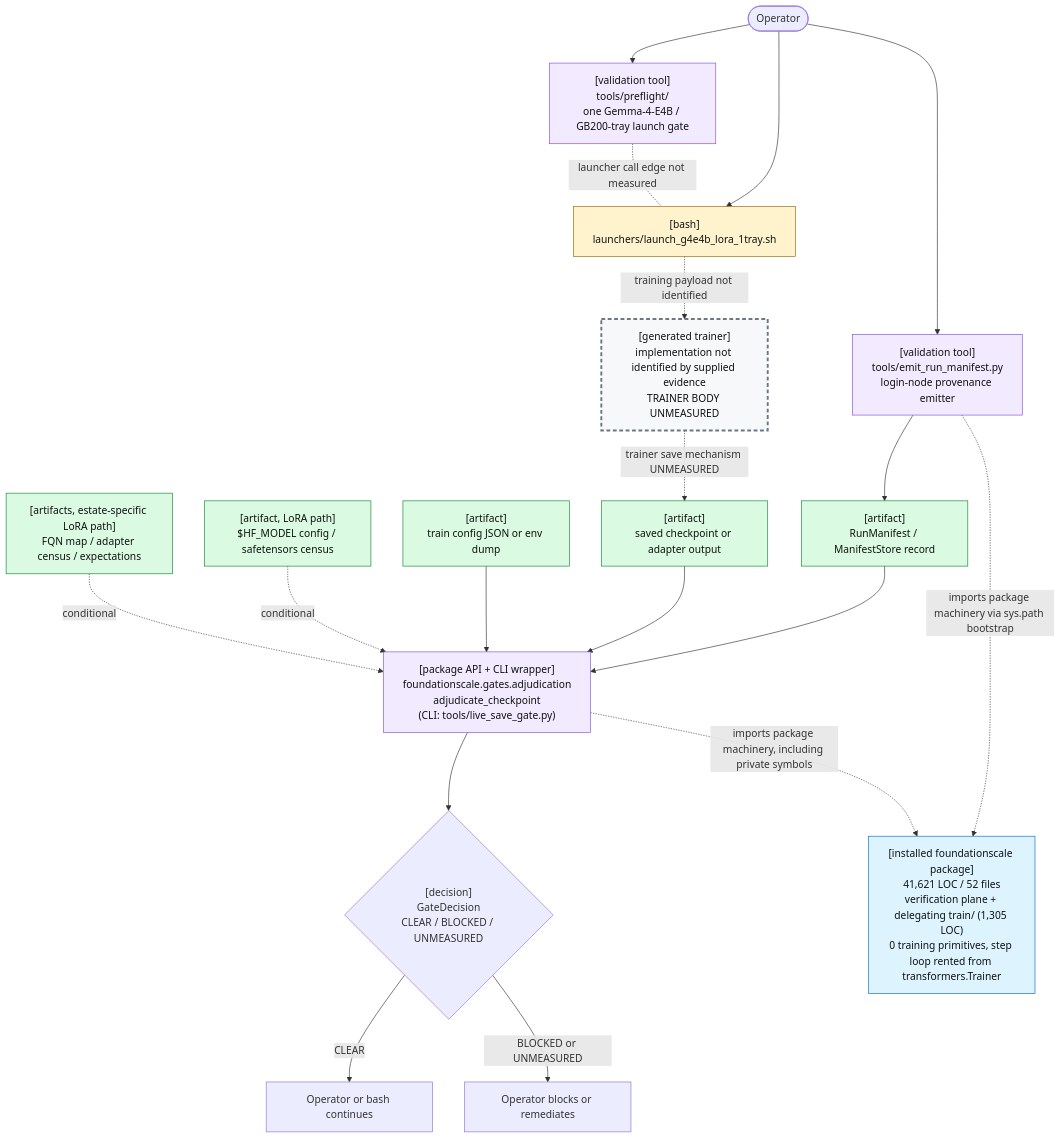
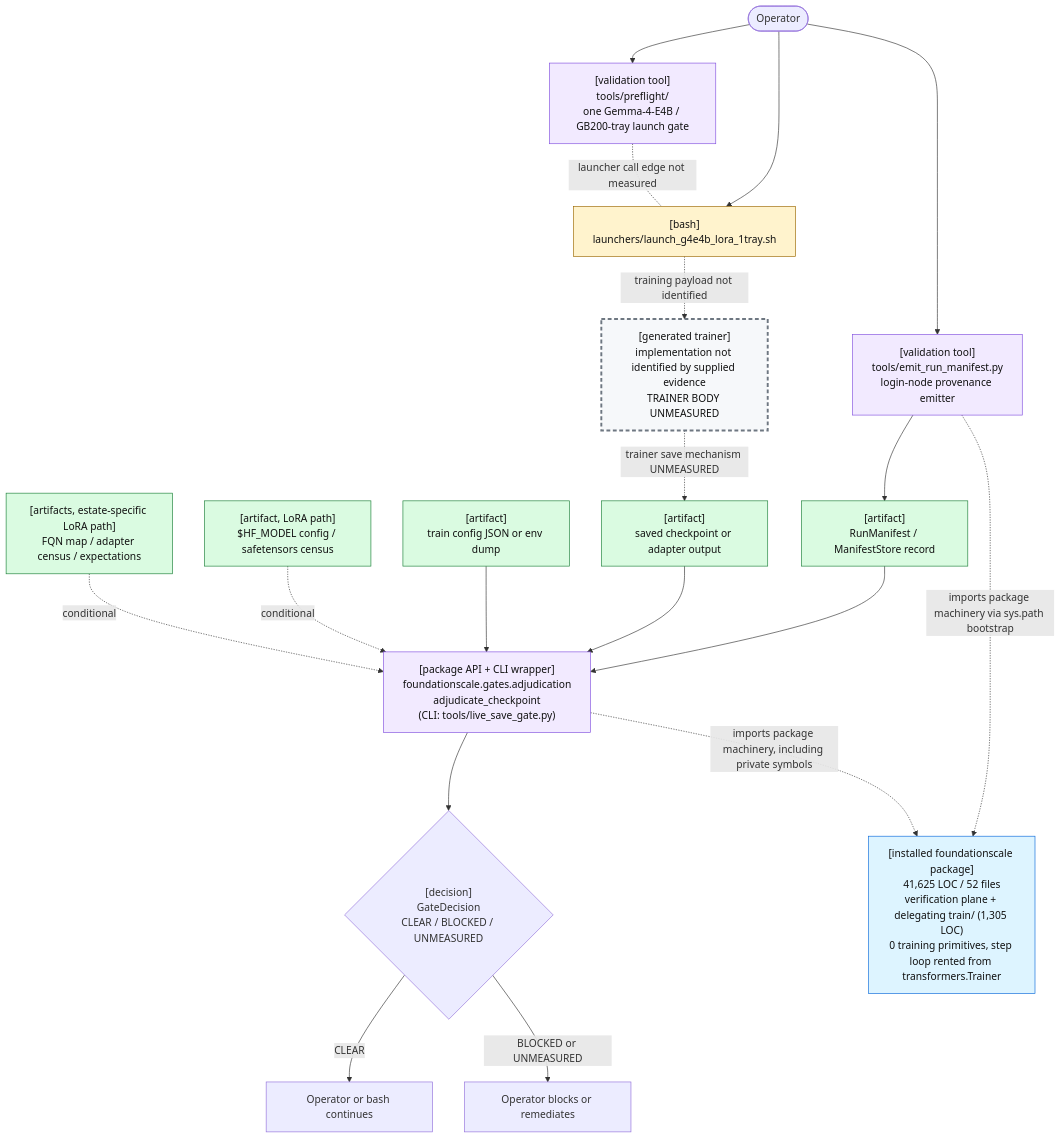
One commit to TranNhiem/FoundationScale changed the first of 2 diagrams in docs/review/D2_current_architecture.md. Above: the diagram before and after it, drawn with Mermaid. The commit also changed other lines of this file and 16 other files, not shown here.

````diff
--- a/docs/review/D2_current_architecture.md
+++ b/docs/review/D2_current_architecture.md
@@ -25,59 +25,59 @@
 ```mermaid
 flowchart TB
   O(["Operator"])
 
   PF["[validation tool]<br/>tools/preflight/<br/>one Gemma-4-E4B / GB200-tray launch gate"]
   L["[bash]<br/>launchers/launch_g4e4b_lora_1tray.sh"]
 
   E["[validation tool]<br/>tools/emit_run_manifest.py<br/>login-node provenance emitter"]
   M["[artifact]<br/>RunManifest / ManifestStore record"]
 
   T["[generated trainer]<br/>implementation not identified by supplied evidence<br/>TRAINER BODY UNMEASURED"]
   C["[artifact]<br/>saved checkpoint or adapter output"]
 
   G["[package API + CLI wrapper]<br/>foundationscale.gates.adjudication<br/>adjudicate_checkpoint<br/>(CLI: tools/live_save_gate.py)"]
   CFG["[artifact]<br/>train config JSON or env dump"]
   BASE["[artifact, LoRA path]<br/>$HF_MODEL config / safetensors census"]
   CEN["[artifacts, estate-specific LoRA path]<br/>FQN map / adapter census / expectations"]
 
   D{"[decision]<br/>GateDecision<br/>CLEAR / BLOCKED / UNMEASURED"}
   OK["Operator or bash continues"]
   NO["Operator blocks or remediates"]
 
-  PKG["[installed foundationscale package]<br/>41,621 LOC / 52 files<br/>verification plane + delegating train/ (1,305 LOC)<br/>0 training primitives, step loop rented from transformers.Trainer"]
+  PKG["[installed foundationscale package]<br/>41,625 LOC / 52 files<br/>verification plane + delegating train/ (1,305 LOC)<br/>0 training primitives, step loop rented from transformers.Trainer"]
 
   O --> PF
   O --> L
   PF -. "launcher call edge not measured" .- L
 
   O --> E
   E --> M
 
   L -. "training payload not identified" .-> T
   T -. "trainer save mechanism UNMEASURED" .-> C
 
   M --> G
   C --> G
   CFG --> G
   BASE -. "conditional" .-> G
   CEN -. "conditional" .-> G
 
   E -. "imports package machinery via sys.path bootstrap" .-> PKG
   G -. "imports package machinery, including private symbols" .-> PKG
 
   G --> D
   D -->|"CLEAR"| OK
   D -->|"BLOCKED or UNMEASURED"| NO
 
   classDef bash fill:#fff3cd,stroke:#9a6700,color:#111;
   classDef tool fill:#f2eaff,stroke:#8250df,color:#111;
   classDef artifact fill:#dafbe1,stroke:#1a7f37,color:#111;
   classDef gap fill:#f6f8fa,stroke:#6e7781,stroke-width:3px,stroke-dasharray: 6 4,color:#111;
   classDef pkg fill:#ddf4ff,stroke:#0969da,color:#111;
 
   class L bash;
   class PF,E,G tool;
   class M,C,CFG,BASE,CEN artifact;
   class T gap;
   class PKG pkg;
 ```
````
